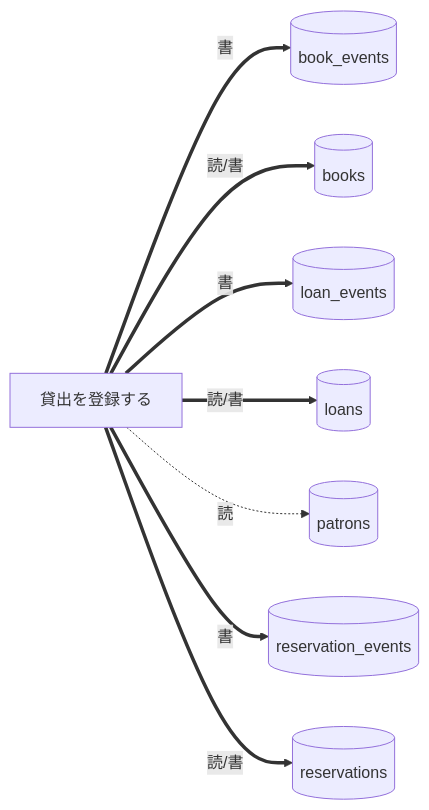
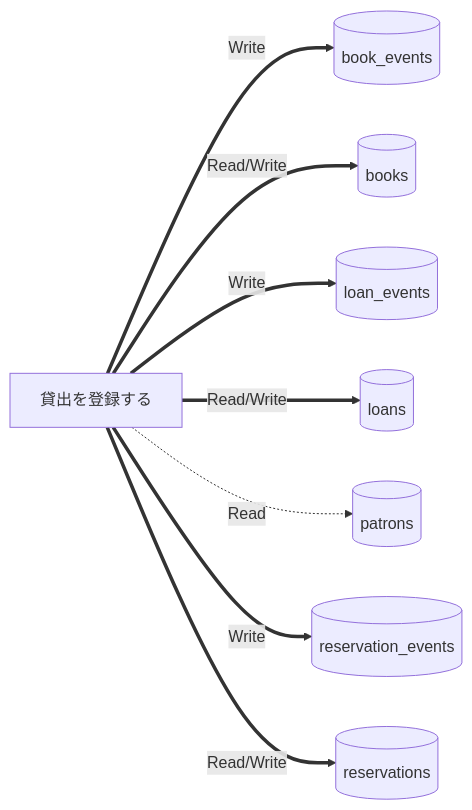
The diagram in samples/distillery2/library-loan/docs/as-built/_system/data-flow.md (suwa-sh/suwa-sh-claude-plugins), drawn with Mermaid before and after one commit. The commit also changed other lines of this file and 21 other files, not shown here.

First line of the commit message:
fix(distillery2): 辿りやすさの指摘 4 件 (C4 図の未生成表示、rules index のリンク、データフローの Read/Write、実装の記録の一覧) (0.1.8)

````diff
--- a/samples/distillery2/library-loan/docs/as-built/_system/data-flow.md
+++ b/samples/distillery2/library-loan/docs/as-built/_system/data-flow.md
@@ -15,18 +15,18 @@
 ```mermaid
 flowchart LR
     n7[貸出を登録する]
     n0[(book_events)]
     n1[(books)]
     n2[(loan_events)]
     n3[(loans)]
     n4[(patrons)]
     n5[(reservation_events)]
     n6[(reservations)]
-    n7 == 書 ==> n0
-    n7 == 読/書 ==> n1
-    n7 == 書 ==> n2
-    n7 == 読/書 ==> n3
-    n7 -. 読 .-> n4
-    n7 == 書 ==> n5
-    n7 == 読/書 ==> n6
+    n7 == Write ==> n0
+    n7 == Read/Write ==> n1
+    n7 == Write ==> n2
+    n7 == Read/Write ==> n3
+    n7 -. Read .-> n4
+    n7 == Write ==> n5
+    n7 == Read/Write ==> n6
 ```
````
